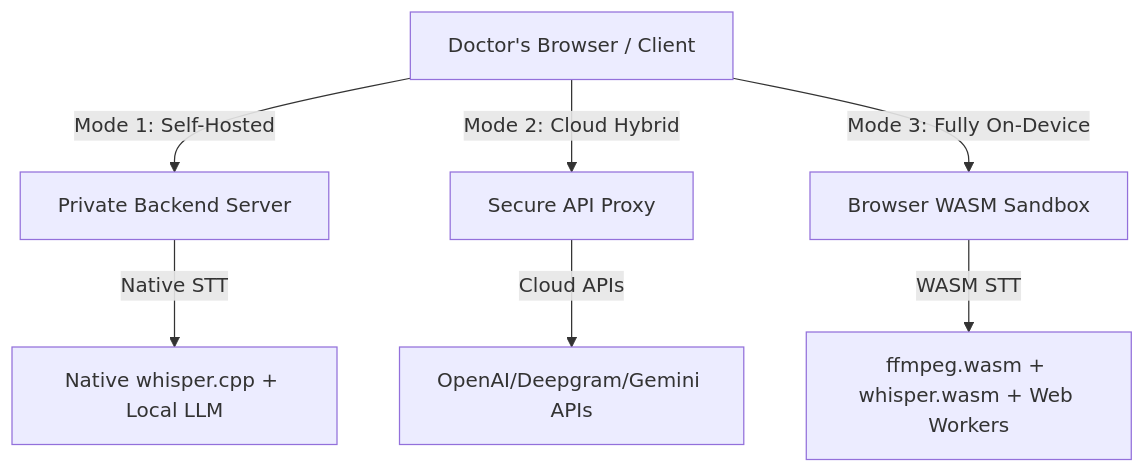
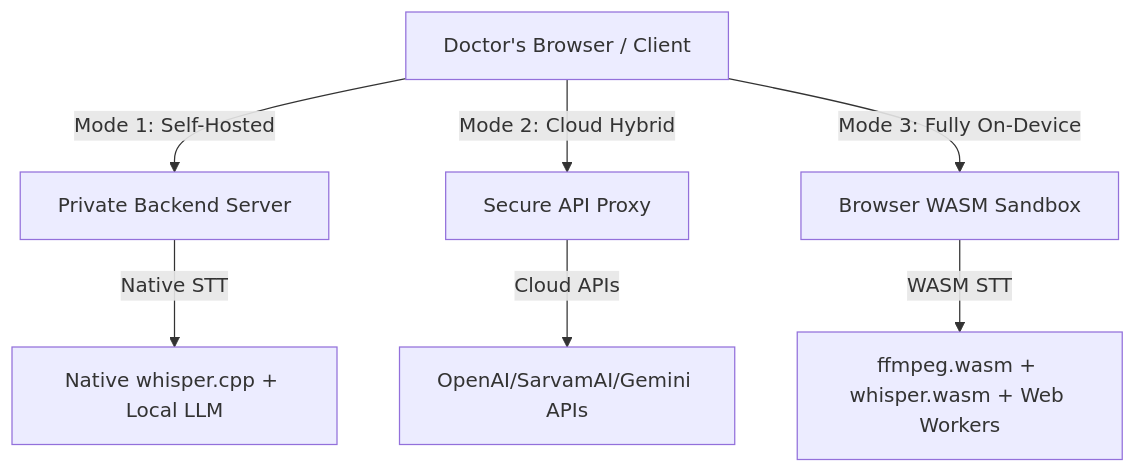
Before and after one commit to arnavk1006/clinical-scribe: the diagram in README.md, drawn with Mermaid. The commit also changed 1 other file, not shown here.

Commit message:
feat: Implement whisper-server transcription

````diff
--- a/README.md
+++ b/README.md
@@ -16,11 +16,11 @@
 ```mermaid
 graph TD
     Client[Doctor's Browser / Client] -->|Mode 1: Self-Hosted| Backend[Private Backend Server]
     Backend -->|Native STT| NativeWhisper[Native whisper.cpp + Local LLM]
     
     Client -->|Mode 2: Cloud Hybrid| CloudBackend[Secure API Proxy]
-    CloudBackend -->|Cloud APIs| CloudSTT[OpenAI/Deepgram/Gemini APIs]
+    CloudBackend -->|Cloud APIs| CloudSTT[OpenAI/SarvamAI/Gemini APIs]
     
     Client -->|Mode 3: Fully On-Device| WASM[Browser WASM Sandbox]
     WASM -->|WASM STT| WASMWhisper[ffmpeg.wasm + whisper.wasm + Web Workers]
 ```
````
